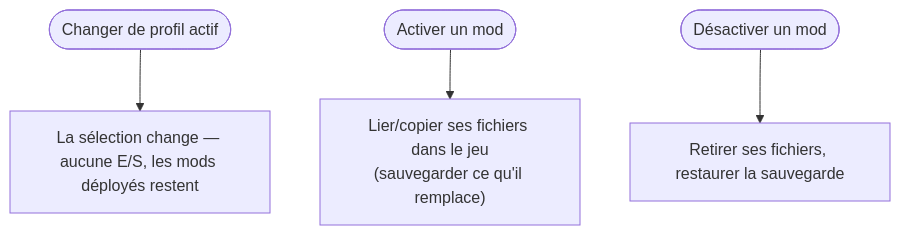
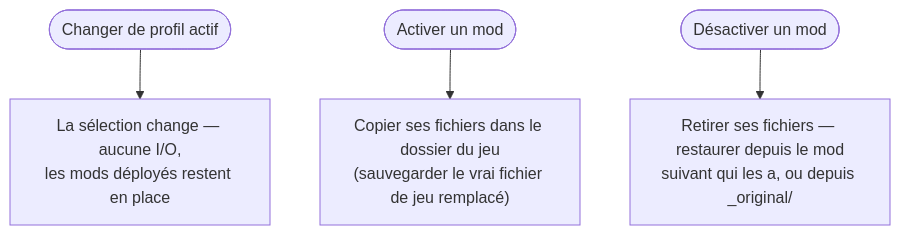
Before and after one commit to FreeProject089/BMM-Docs: the first of 3 diagrams in docs/how-it-works/profiles-activation.fr.md, drawn with Mermaid. The commit also changed other lines of this file and 7 other files, not shown here.

````diff
--- a/docs/how-it-works/profiles-activation.fr.md
+++ b/docs/how-it-works/profiles-activation.fr.md
@@ -16,6 +38,6 @@
 ```mermaid
 flowchart TB
-    SW([Changer de profil actif]) --> PTR["La sélection change — aucune E/S, les mods déployés restent"]
-    EN([Activer un mod]) --> DEPLOY["Lier/copier ses fichiers dans le jeu<br/>(sauvegarder ce qu'il remplace)"]
-    DIS([Désactiver un mod]) --> REMOVE["Retirer ses fichiers, restaurer la sauvegarde"]
+    SW([Changer de profil actif]) --> PTR["La sélection change — aucune I/O,<br/>les mods déployés restent en place"]
+    EN([Activer un mod]) --> DEPLOY["Copier ses fichiers dans le dossier du jeu<br/>(sauvegarder le vrai fichier de jeu remplacé)"]
+    DIS([Désactiver un mod]) --> REMOVE["Retirer ses fichiers — restaurer depuis le mod<br/>suivant qui les a, ou depuis _original/"]
 ```
````
